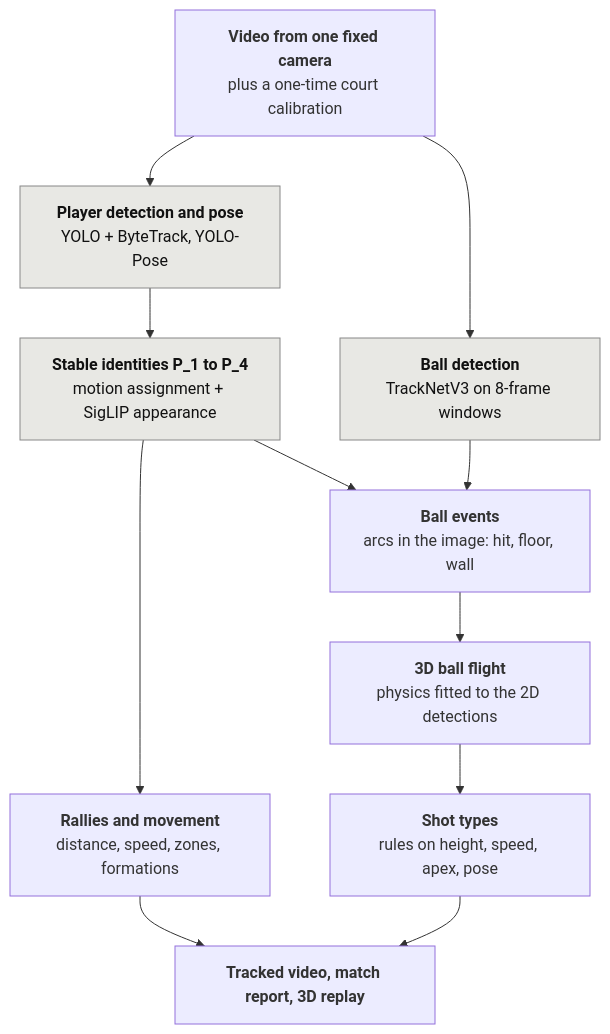
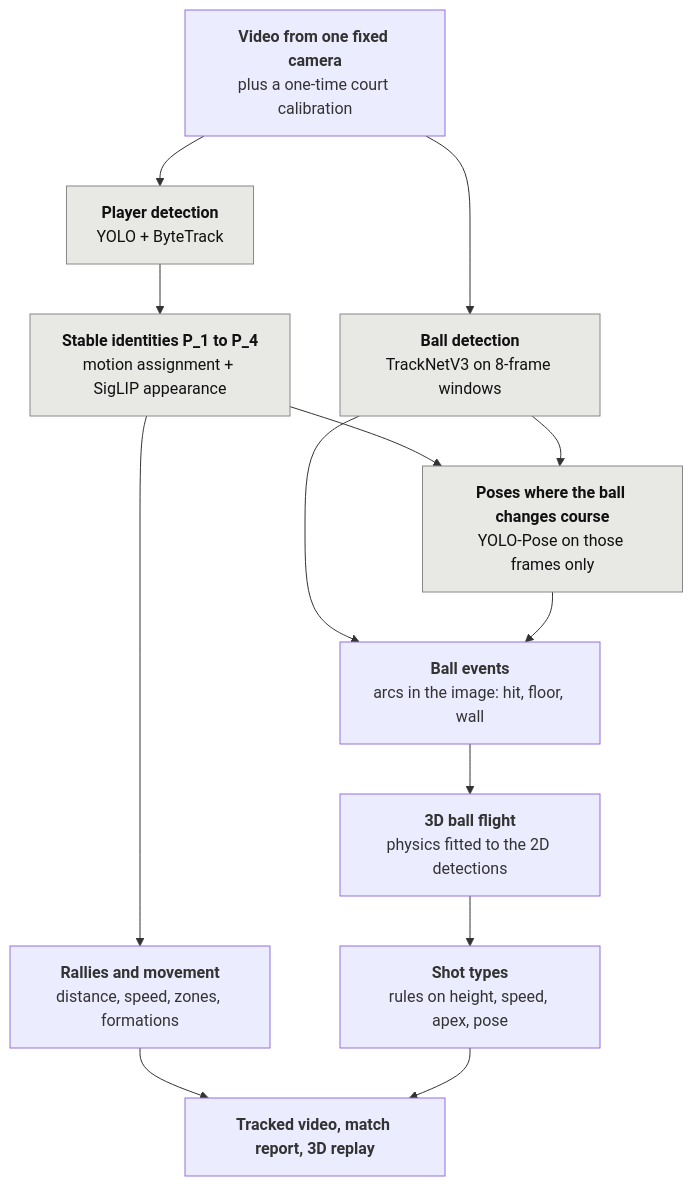
The diagram in README.md (stoicescueric/CourtShot), drawn with Mermaid before and after one commit. The commit also changed other lines of this file and 33 other files, not shown here.

````diff
--- a/README.md
+++ b/README.md
@@ -73,17 +78,19 @@
 ```mermaid
 flowchart TD
     V["<b>Video from one fixed camera</b><br/>plus a one-time court calibration"]
-    P["<b>Player detection and pose</b><br/>YOLO + ByteTrack, YOLO-Pose"]
+    P["<b>Player detection</b><br/>YOLO + ByteTrack"]
     B["<b>Ball detection</b><br/>TrackNetV3 on 8-frame windows"]
     I["<b>Stable identities P_1 to P_4</b><br/>motion assignment + SigLIP appearance"]
+    K["<b>Poses where the ball changes course</b><br/>YOLO-Pose on those frames only"]
     E["<b>Ball events</b><br/>arcs in the image: hit, floor, wall"]
     M["<b>Rallies and movement</b><br/>distance, speed, zones, formations"]
     F["<b>3D ball flight</b><br/>physics fitted to the 2D detections"]
     S["<b>Shot types</b><br/>rules on height, speed, apex, pose"]
     O["<b>Tracked video, match report, 3D replay</b>"]
     V --> P --> I --> M --> O
     V --> B --> E --> F --> S --> O
-    I --> E
+    I --> K --> E
+    B --> K
     classDef net fill:#e8e8e4,stroke:#888,color:#111
-    class P,B,I net
+    class P,B,I,K net
 ```
````
